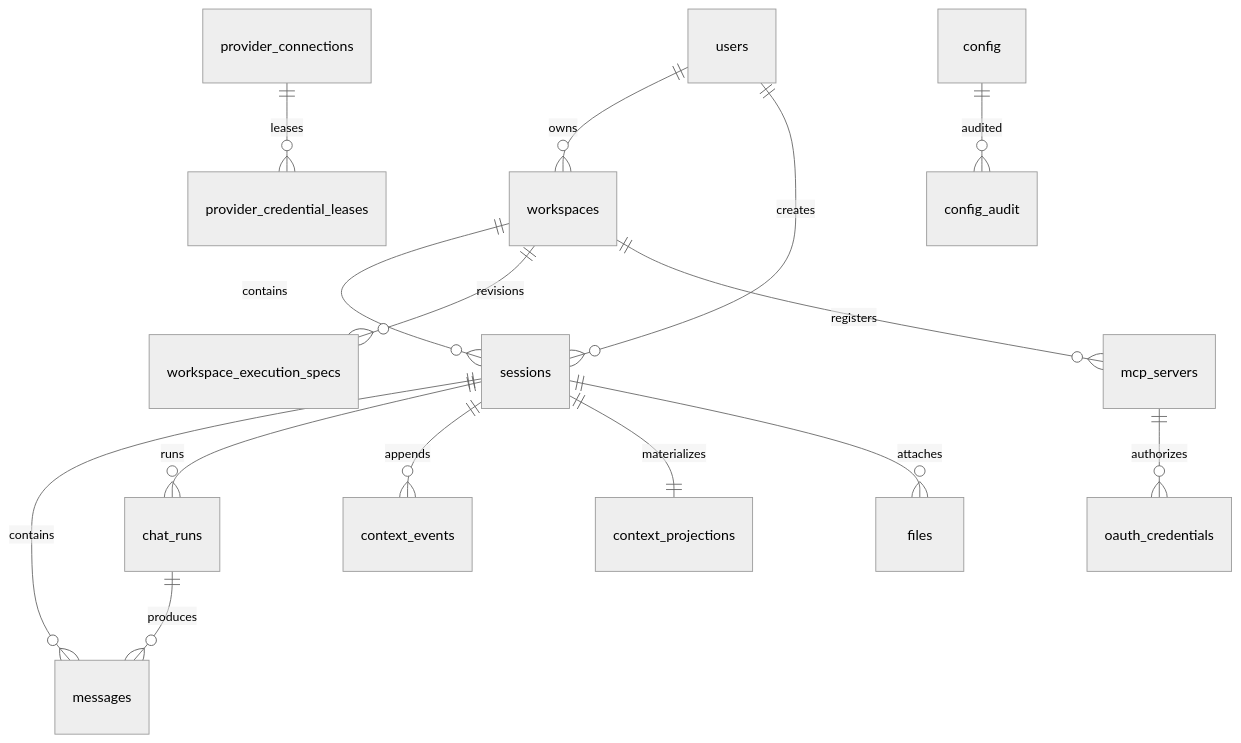
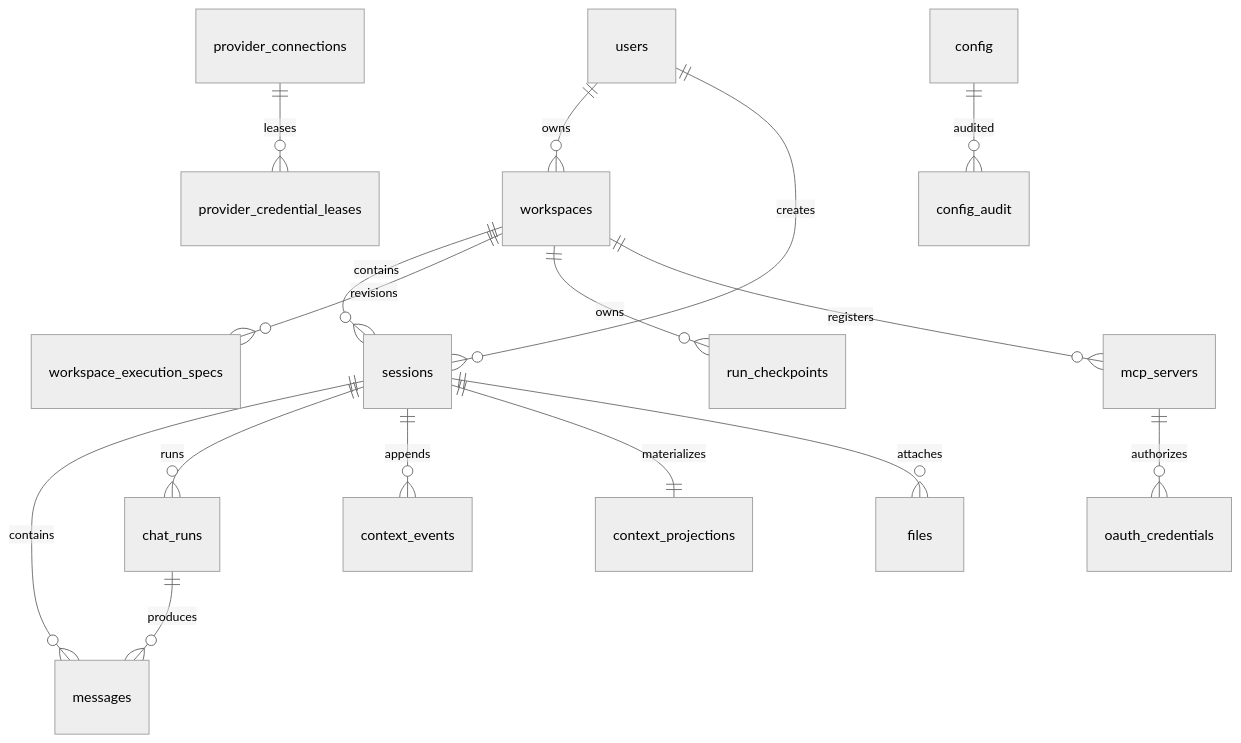
Before and after one commit to cc01cc/xihe-project: the sixth of 6 diagrams in docs/i18n/zh-Hans/DEV-019-database-schema.md, drawn with Mermaid. The commit also changed other lines of this file and 18 other files, not shown here.

````diff
--- a/docs/i18n/zh-Hans/DEV-019-database-schema.md
+++ b/docs/i18n/zh-Hans/DEV-019-database-schema.md
@@ -132,18 +133,19 @@
 ```mermaid
 %%{init: {'theme': 'neutral'}}%%
 erDiagram
     users ||--o{ workspaces : owns
     users ||--o{ sessions : creates
     workspaces ||--o{ sessions : contains
     sessions ||--o{ messages : contains
     sessions ||--o{ chat_runs : runs
     chat_runs ||--o{ messages : produces
     workspaces ||--o{ workspace_execution_specs : revisions
+    workspaces ||--o{ run_checkpoints : owns
     workspaces ||--o{ mcp_servers : registers
     mcp_servers ||--o{ oauth_credentials : authorizes
     provider_connections ||--o{ provider_credential_leases : leases
     config ||--o{ config_audit : audited
     sessions ||--o{ context_events : appends
     sessions ||--|| context_projections : materializes
     sessions ||--o{ files : attaches
 ```
````
